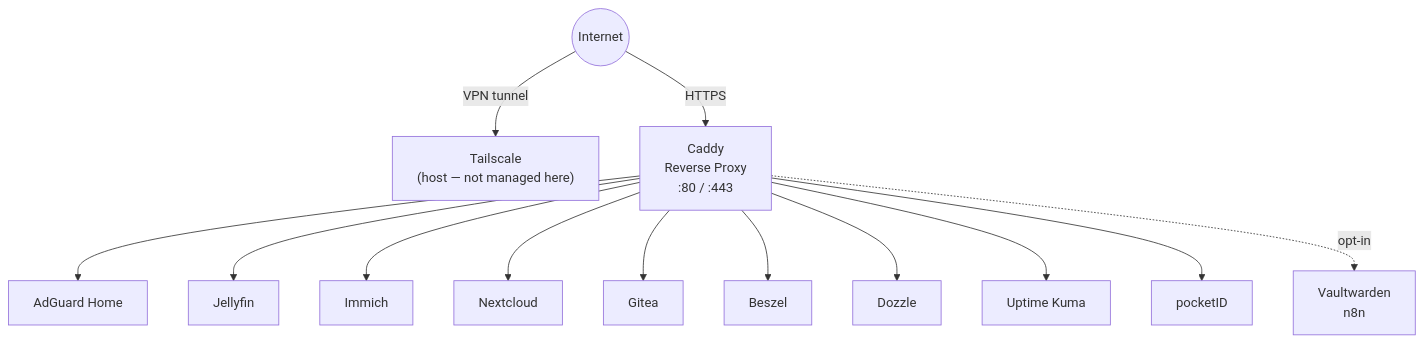
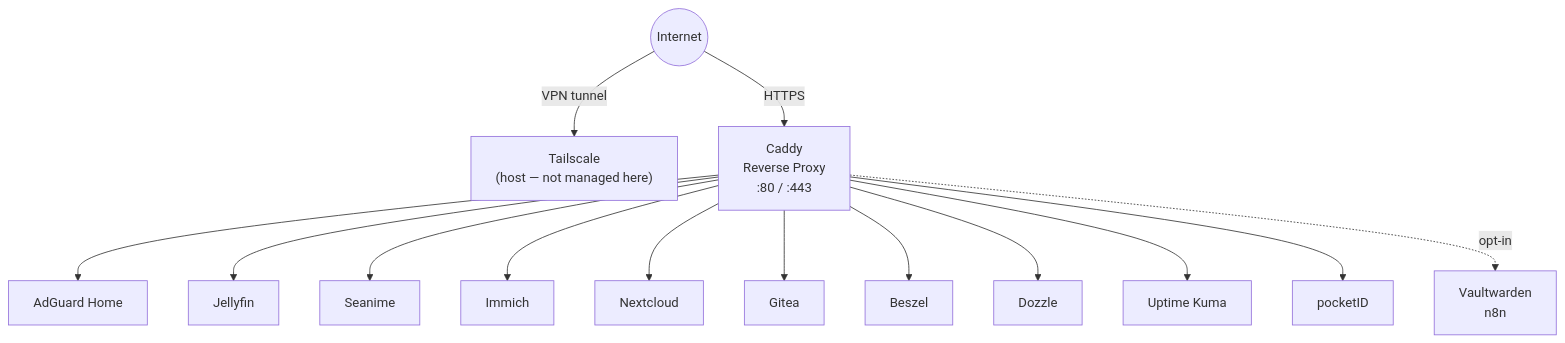
One commit to Raina-Hardik/homelab-docker changed the first of 2 diagrams in README.md. Above: the diagram before and after it, drawn with Mermaid. The commit also changed other lines of this file and 3 other files, not shown here.

````diff
--- a/README.md
+++ b/README.md
@@ -154,20 +156,21 @@
 ```mermaid
 flowchart TD
     Internet((Internet))
     Tailscale["Tailscale\n(host — not managed here)"]
     Caddy["Caddy\nReverse Proxy\n:80 / :443"]
 
     Internet -->|VPN tunnel| Tailscale
     Internet -->|HTTPS| Caddy
 
     Caddy --> AdGuard[AdGuard Home]
     Caddy --> Jellyfin
+    Caddy --> Seanime
     Caddy --> Immich
     Caddy --> Nextcloud
     Caddy --> Gitea
     Caddy --> Beszel
     Caddy --> Dozzle
     Caddy --> UptimeKuma[Uptime Kuma]
     Caddy --> pocketID
     Caddy -.->|opt-in| Extras["Vaultwarden\nn8n"]
 ```
````
